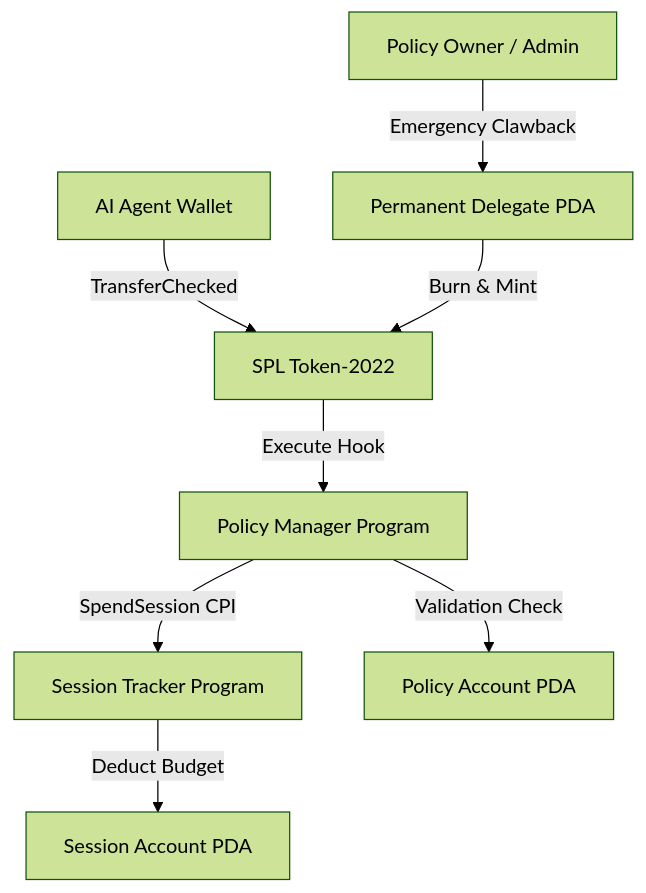
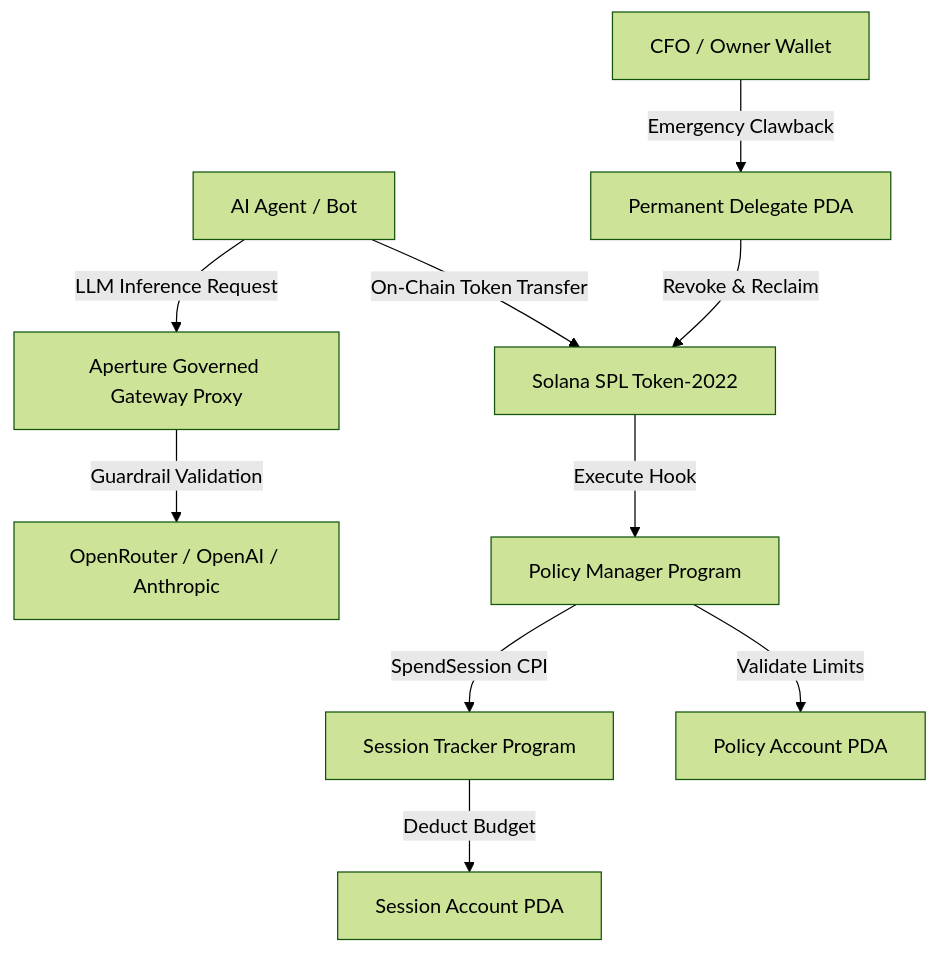
The diagram in README.md (manav2701/Aperture), drawn with Mermaid (forest theme) before and after one commit. The commit also changed other lines of this file, not shown here.

````diff
--- a/README.md
+++ b/README.md
@@ -30,10 +64,12 @@
 ```mermaid
 graph TD
-    Agent[AI Agent Wallet] -->|TransferChecked| Token2022[SPL Token-2022]
+    Agent[AI Agent / Bot] -->|LLM Inference Request| Gateway[Aperture Governed Gateway Proxy]
+    Gateway -->|Guardrail Validation| OpenRouter[OpenRouter / OpenAI / Anthropic]
+    Agent -->|On-Chain Token Transfer| Token2022[Solana SPL Token-2022]
     Token2022 -->|Execute Hook| PolicyManager[Policy Manager Program]
     PolicyManager -->|SpendSession CPI| SessionTracker[Session Tracker Program]
-    PolicyManager -->|Validation Check| AgentPolicy[Policy Account PDA]
+    PolicyManager -->|Validate Limits| PolicyAccount[Policy Account PDA]
     SessionTracker -->|Deduct Budget| SessionAccount[Session Account PDA]
-    Owner[Policy Owner / Admin] -->|Emergency Clawback| PermanentDelegate[Permanent Delegate PDA]
-    PermanentDelegate -->|Burn & Mint| Token2022
+    Admin[CFO / Owner Wallet] -->|Emergency Clawback| PermanentDelegate[Permanent Delegate PDA]
+    PermanentDelegate -->|Revoke & Reclaim| Token2022
 ```
````
